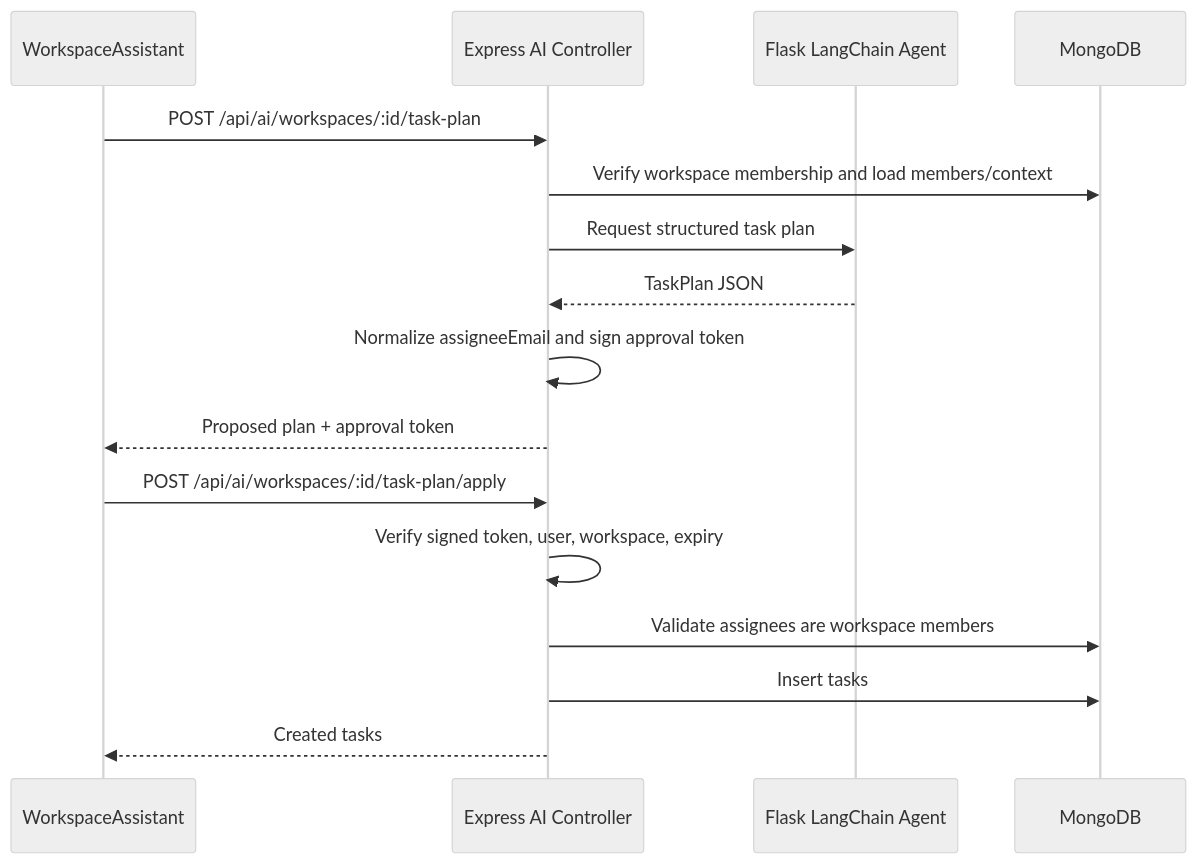
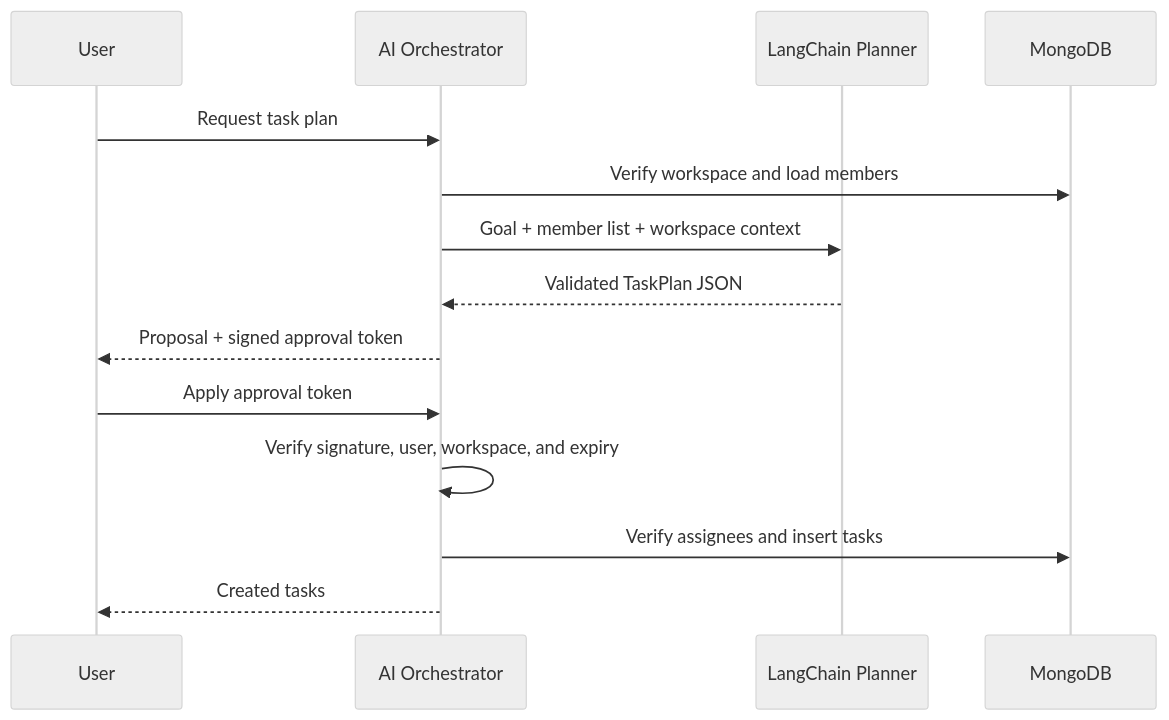
The sixth of 8 diagrams in docs/architecture-guide.md (Akshanshkaushal/ComConnect), drawn with Mermaid (neutral theme) before and after one commit. The commit also changed other lines of this file and 86 other files, not shown here.

Commit message:
ui and architecture changes

````diff
--- a/docs/architecture-guide.md
+++ b/docs/architecture-guide.md
@@ -204,19 +248,17 @@
 ```mermaid
 sequenceDiagram
-  participant FE as WorkspaceAssistant
-  participant API as Express AI Controller
-  participant AI as Flask LangChain Agent
+  participant U as User
+  participant O as AI Orchestrator
+  participant P as LangChain Planner
   participant DB as MongoDB
 
-  FE->>API: POST /api/ai/workspaces/:id/task-plan
-  API->>DB: Verify workspace membership and load members/context
-  API->>AI: Request structured task plan
-  AI-->>API: TaskPlan JSON
-  API->>API: Normalize assigneeEmail and sign approval token
-  API-->>FE: Proposed plan + approval token
-  FE->>API: POST /api/ai/workspaces/:id/task-plan/apply
-  API->>API: Verify signed token, user, workspace, expiry
-  API->>DB: Validate assignees are workspace members
-  API->>DB: Insert tasks
-  API-->>FE: Created tasks
+  U->>O: Request task plan
+  O->>DB: Verify workspace and load members
+  O->>P: Goal + member list + workspace context
+  P-->>O: Validated TaskPlan JSON
+  O-->>U: Proposal + signed approval token
+  U->>O: Apply approval token
+  O->>O: Verify signature, user, workspace, and expiry
+  O->>DB: Verify assignees and insert tasks
+  O-->>U: Created tasks
 ```
````
